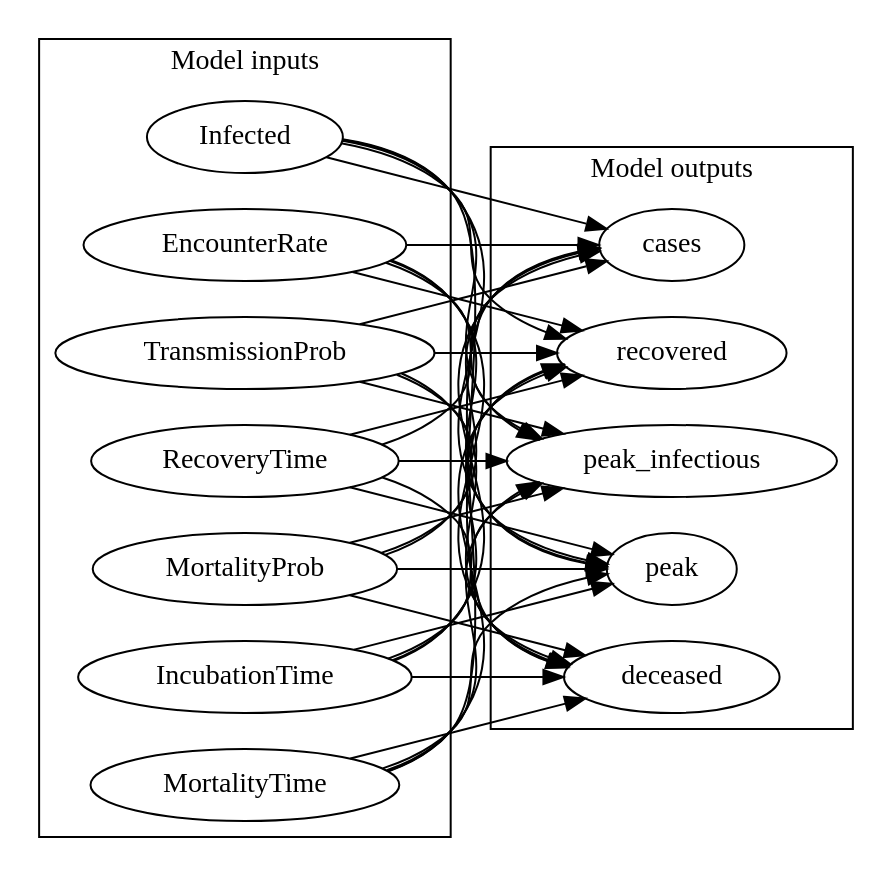
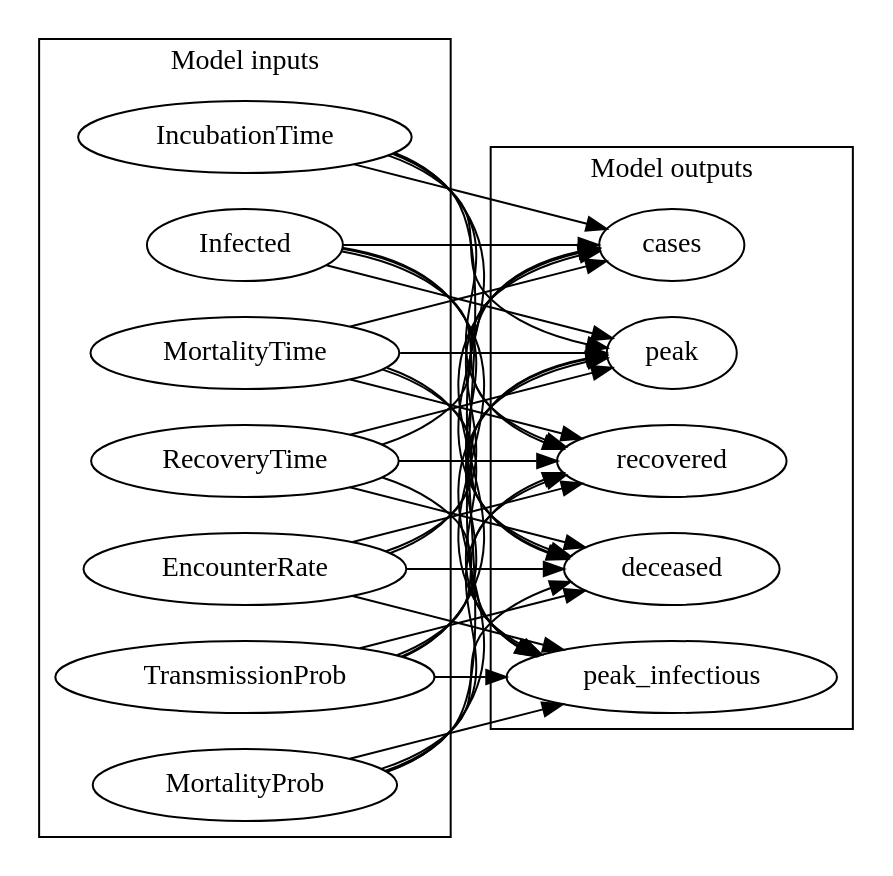
The diagram in scenarios/influenza1918/dags/influenza1918_abstract.dot (CITCOM-project/causcumber), drawn with Graphviz before and after one commit. The commit also changed other lines of this file and 13 other files, not shown here.

```diff
--- a/scenarios/influenza1918/dags/influenza1918_abstract.dot
+++ b/scenarios/influenza1918/dags/influenza1918_abstract.dot
@@ -1,58 +1,58 @@
 digraph "" {
 	graph [newrank=True,
 		rankdir=LR
 	];
+	subgraph cluster_inputs {
+		graph [label="Model inputs"];
+		EncounterRate;
+		TransmissionProb;
+		MortalityProb;
+		IncubationTime;
+		Infected;
+		MortalityTime;
+		RecoveryTime;
+	}
 	subgraph cluster_outputs {
 		graph [label="Model outputs"];
 		deceased;
+		peak_infectious;
 		cases;
+		peak;
 		recovered;
-		peak_infectious;
-		peak;
 	}
-	subgraph cluster_inputs {
-		graph [label="Model inputs"];
-		MortalityProb;
-		IncubationTime;
-		MortalityTime;
-		Infected;
-		EncounterRate;
-		TransmissionProb;
-		RecoveryTime;
-	}
+	EncounterRate -> deceased;
+	EncounterRate -> peak_infectious;
+	EncounterRate -> cases;
+	EncounterRate -> peak;
+	EncounterRate -> recovered;
+	TransmissionProb -> deceased;
+	TransmissionProb -> peak_infectious;
+	TransmissionProb -> cases;
+	TransmissionProb -> peak;
+	TransmissionProb -> recovered;
 	MortalityProb -> deceased;
+	MortalityProb -> peak_infectious;
 	MortalityProb -> cases;
+	MortalityProb -> peak;
 	MortalityProb -> recovered;
-	MortalityProb -> peak_infectious;
-	MortalityProb -> peak;
 	IncubationTime -> deceased;
+	IncubationTime -> peak_infectious;
 	IncubationTime -> cases;
+	IncubationTime -> peak;
 	IncubationTime -> recovered;
-	IncubationTime -> peak_infectious;
-	IncubationTime -> peak;
+	Infected -> deceased;
+	Infected -> peak_infectious;
+	Infected -> cases;
+	Infected -> peak;
+	Infected -> recovered;
 	MortalityTime -> deceased;
+	MortalityTime -> peak_infectious;
 	MortalityTime -> cases;
+	MortalityTime -> peak;
 	MortalityTime -> recovered;
-	MortalityTime -> peak_infectious;
-	MortalityTime -> peak;
-	Infected -> deceased;
-	Infected -> cases;
-	Infected -> recovered;
-	Infected -> peak_infectious;
-	Infected -> peak;
-	EncounterRate -> deceased;
-	EncounterRate -> cases;
-	EncounterRate -> recovered;
-	EncounterRate -> peak_infectious;
-	EncounterRate -> peak;
-	TransmissionProb -> deceased;
-	TransmissionProb -> cases;
-	TransmissionProb -> recovered;
-	TransmissionProb -> peak_infectious;
-	TransmissionProb -> peak;
 	RecoveryTime -> deceased;
+	RecoveryTime -> peak_infectious;
 	RecoveryTime -> cases;
+	RecoveryTime -> peak;
 	RecoveryTime -> recovered;
-	RecoveryTime -> peak_infectious;
-	RecoveryTime -> peak;
 }
```
